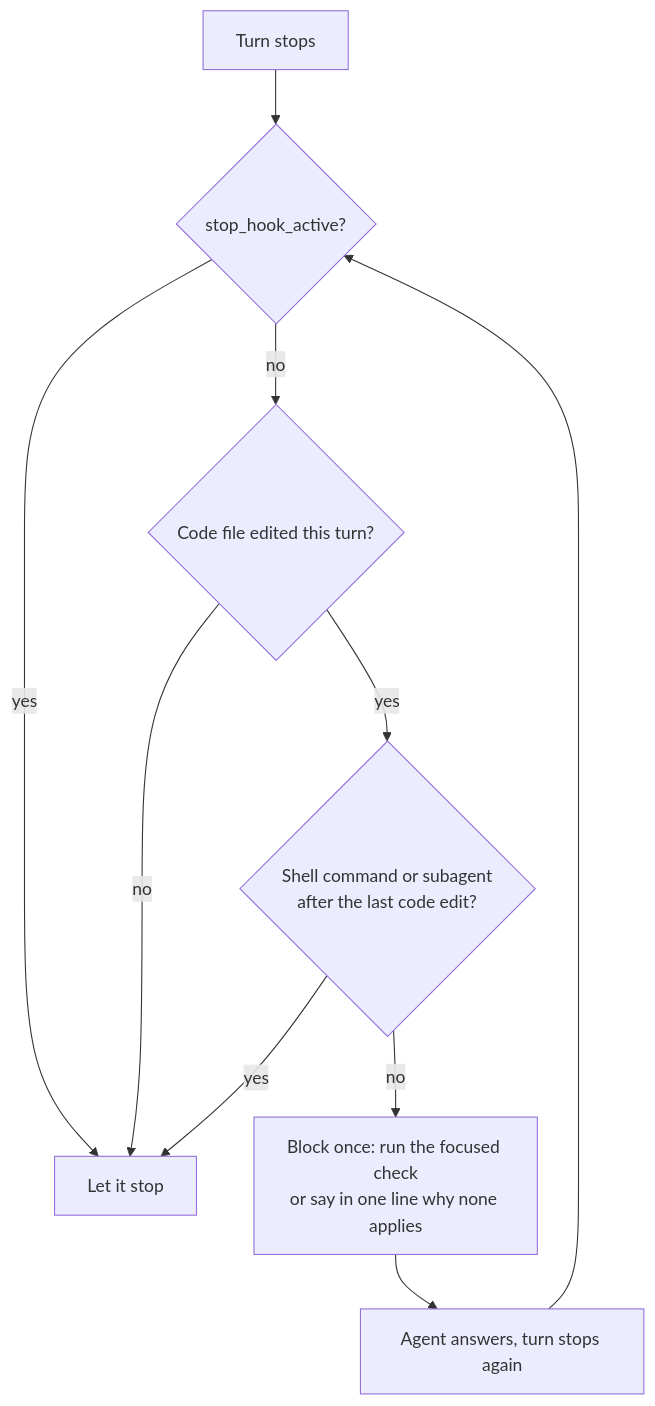
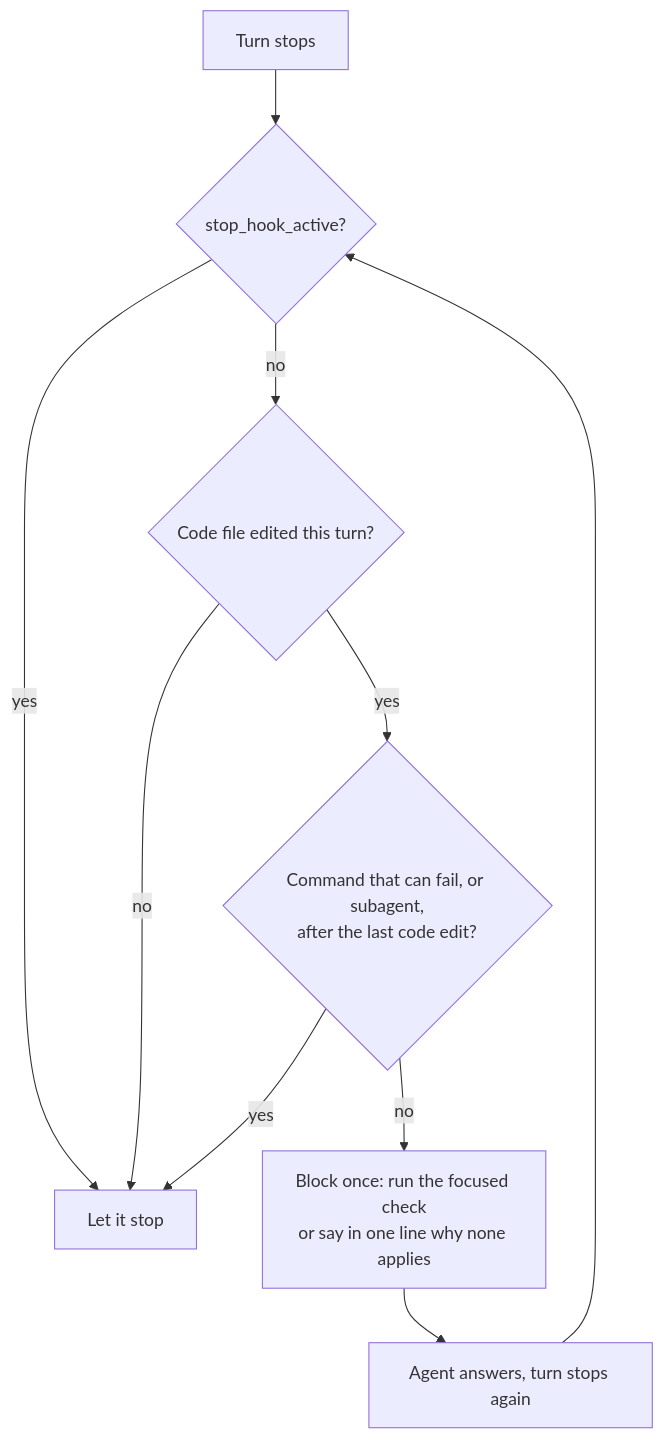
The fourth of 7 diagrams in docs/methodology.md (sacuadros/agent-harness), drawn with Mermaid before and after one commit. The commit also changed other lines of this file and 9 other files, not shown here.

````diff
--- a/docs/methodology.md
+++ b/docs/methodology.md
@@ -111,12 +112,12 @@
 ```mermaid
 flowchart TD
     A[Turn stops] --> B{stop_hook_active?}
     B -- yes --> Z[Let it stop]
     B -- no --> C{Code file edited this turn?}
     C -- no --> Z
-    C -- yes --> D{Shell command or subagent<br/>after the last code edit?}
+    C -- yes --> D{Command that can fail, or subagent,<br/>after the last code edit?}
     D -- yes --> Z
     D -- no --> E[Block once: run the focused check<br/>or say in one line why none applies]
     E --> F[Agent answers, turn stops again]
     F --> B
 ```
````
